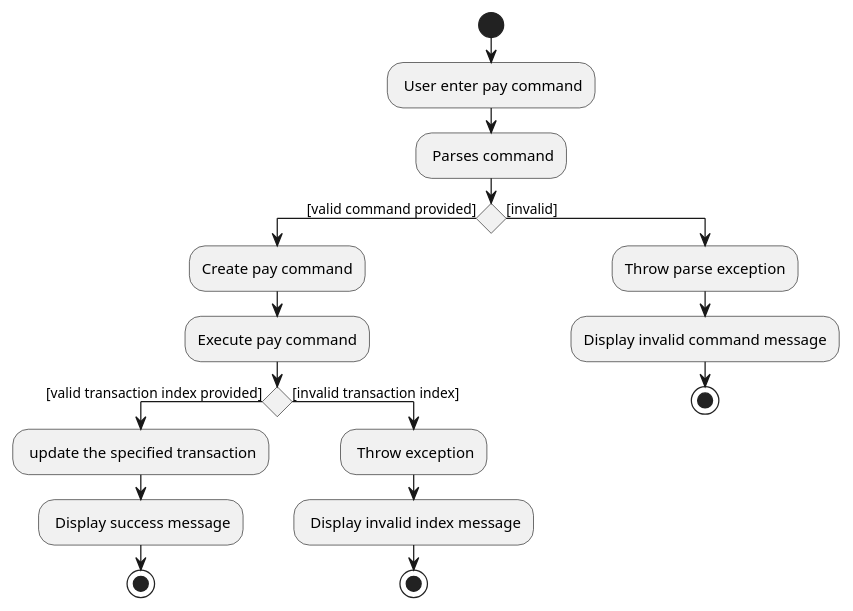
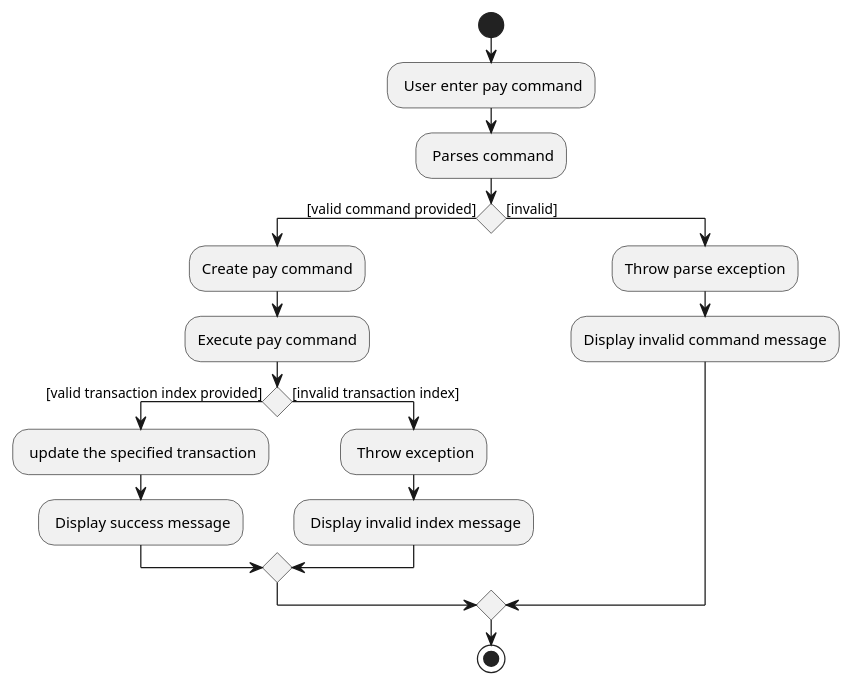
One commit to nus-cs2103-AY2122S2/tp changed the diagram in docs/diagrams/PayDiagram.puml. Above: the diagram before and after it, drawn with PlantUML. The commit also changed 6 other files, not shown here.

```diff
--- a/docs/diagrams/PayDiagram.puml
+++ b/docs/diagrams/PayDiagram.puml
@@ -1,25 +1,22 @@
 @startuml
 start
 : User enter pay command;
 
 : Parses command;
 
 if () then ([valid command provided])
   :Create pay command;
   :Execute pay command;
   if () then ([valid transaction index provided])
   : update the specified transaction;
   : Display success message;
-  stop
   else ([invalid transaction index])
    : Throw exception;
    : Display invalid index message;
-   stop
   endif
 else ([invalid])
   :Throw parse exception;
   :Display invalid command message;
-  stop
-
 endif
+stop
 @enduml
```
